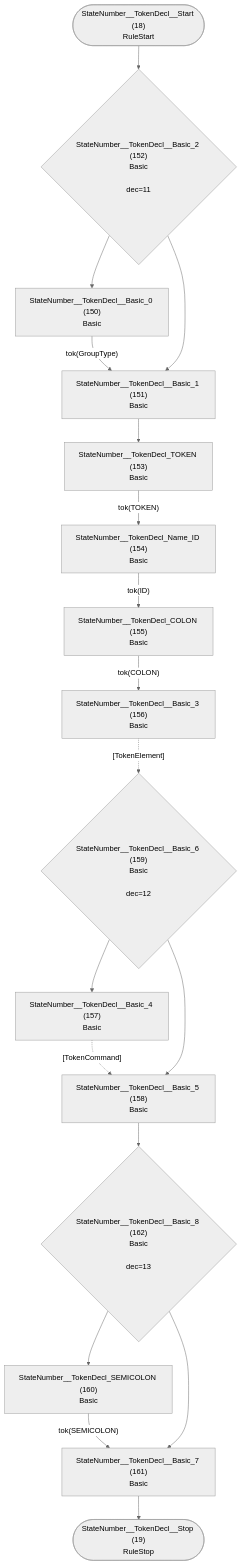
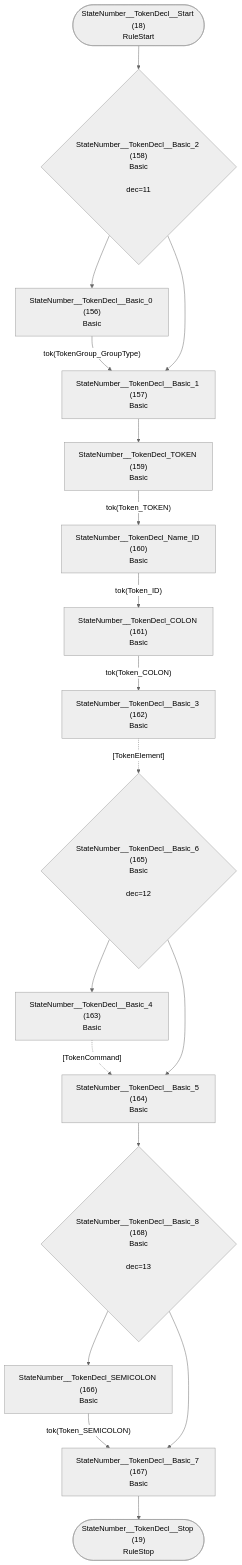
The tenth of 36 diagrams in internal/grammar/atn.md (TypeFox/fastbelt), drawn with Mermaid (neutral theme) before and after one commit. The commit also changed other lines of this file and 6 other files, not shown here.

````diff
--- a/internal/grammar/atn.md
+++ b/internal/grammar/atn.md
@@ -281,36 +281,36 @@
 ```mermaid
 flowchart TD
     q18(["StateNumber__TokenDecl__Start (18)<br/>RuleStart"])
     q19(["StateNumber__TokenDecl__Stop (19)<br/>RuleStop"])
-    q150["StateNumber__TokenDecl__Basic_0 (150)<br/>Basic<br/>"]
-    q151["StateNumber__TokenDecl__Basic_1 (151)<br/>Basic<br/>"]
-    q152{"StateNumber__TokenDecl__Basic_2 (152)<br/>Basic<br/><br/>dec=11"}
-    q153["StateNumber__TokenDecl_TOKEN (153)<br/>Basic<br/>"]
-    q154["StateNumber__TokenDecl_Name_ID (154)<br/>Basic<br/>"]
-    q155["StateNumber__TokenDecl_COLON (155)<br/>Basic<br/>"]
-    q156["StateNumber__TokenDecl__Basic_3 (156)<br/>Basic<br/>"]
-    q157["StateNumber__TokenDecl__Basic_4 (157)<br/>Basic<br/>"]
-    q158["StateNumber__TokenDecl__Basic_5 (158)<br/>Basic<br/>"]
-    q159{"StateNumber__TokenDecl__Basic_6 (159)<br/>Basic<br/><br/>dec=12"}
-    q160["StateNumber__TokenDecl_SEMICOLON (160)<br/>Basic<br/>"]
-    q161["StateNumber__TokenDecl__Basic_7 (161)<br/>Basic<br/>"]
-    q162{"StateNumber__TokenDecl__Basic_8 (162)<br/>Basic<br/><br/>dec=13"}
+    q156["StateNumber__TokenDecl__Basic_0 (156)<br/>Basic<br/>"]
+    q157["StateNumber__TokenDecl__Basic_1 (157)<br/>Basic<br/>"]
+    q158{"StateNumber__TokenDecl__Basic_2 (158)<br/>Basic<br/><br/>dec=11"}
+    q159["StateNumber__TokenDecl_TOKEN (159)<br/>Basic<br/>"]
+    q160["StateNumber__TokenDecl_Name_ID (160)<br/>Basic<br/>"]
+    q161["StateNumber__TokenDecl_COLON (161)<br/>Basic<br/>"]
+    q162["StateNumber__TokenDecl__Basic_3 (162)<br/>Basic<br/>"]
+    q163["StateNumber__TokenDecl__Basic_4 (163)<br/>Basic<br/>"]
+    q164["StateNumber__TokenDecl__Basic_5 (164)<br/>Basic<br/>"]
+    q165{"StateNumber__TokenDecl__Basic_6 (165)<br/>Basic<br/><br/>dec=12"}
+    q166["StateNumber__TokenDecl_SEMICOLON (166)<br/>Basic<br/>"]
+    q167["StateNumber__TokenDecl__Basic_7 (167)<br/>Basic<br/>"]
+    q168{"StateNumber__TokenDecl__Basic_8 (168)<br/>Basic<br/><br/>dec=13"}
 
-    q18 --> q152
-    q150 -->|"tok(GroupType)"| q151
-    q151 --> q153
-    q152 --> q150
-    q152 --> q151
-    q153 -->|"tok(TOKEN)"| q154
-    q154 -->|"tok(ID)"| q155
-    q155 -->|"tok(COLON)"| q156
-    q156 -.->|"[TokenElement]"| q159
-    q157 -.->|"[TokenCommand]"| q158
-    q158 --> q162
-    q159 --> q157
-    q159 --> q158
-    q160 -->|"tok(SEMICOLON)"| q161
-    q161 --> q19
-    q162 --> q160
-    q162 --> q161
+    q18 --> q158
+    q156 -->|"tok(TokenGroup_GroupType)"| q157
+    q157 --> q159
+    q158 --> q156
+    q158 --> q157
+    q159 -->|"tok(Token_TOKEN)"| q160
+    q160 -->|"tok(Token_ID)"| q161
+    q161 -->|"tok(Token_COLON)"| q162
+    q162 -.->|"[TokenElement]"| q165
+    q163 -.->|"[TokenCommand]"| q164
+    q164 --> q168
+    q165 --> q163
+    q165 --> q164
+    q166 -->|"tok(Token_SEMICOLON)"| q167
+    q167 --> q19
+    q168 --> q166
+    q168 --> q167
 ```
````
